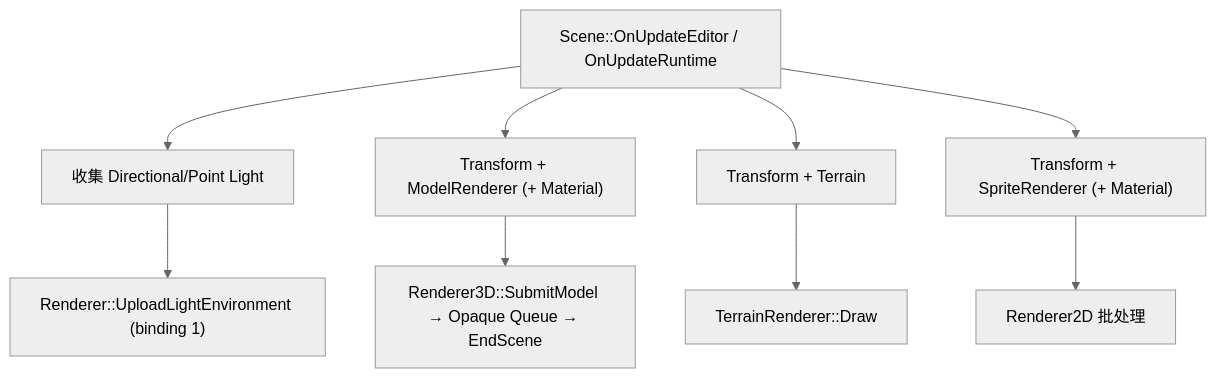
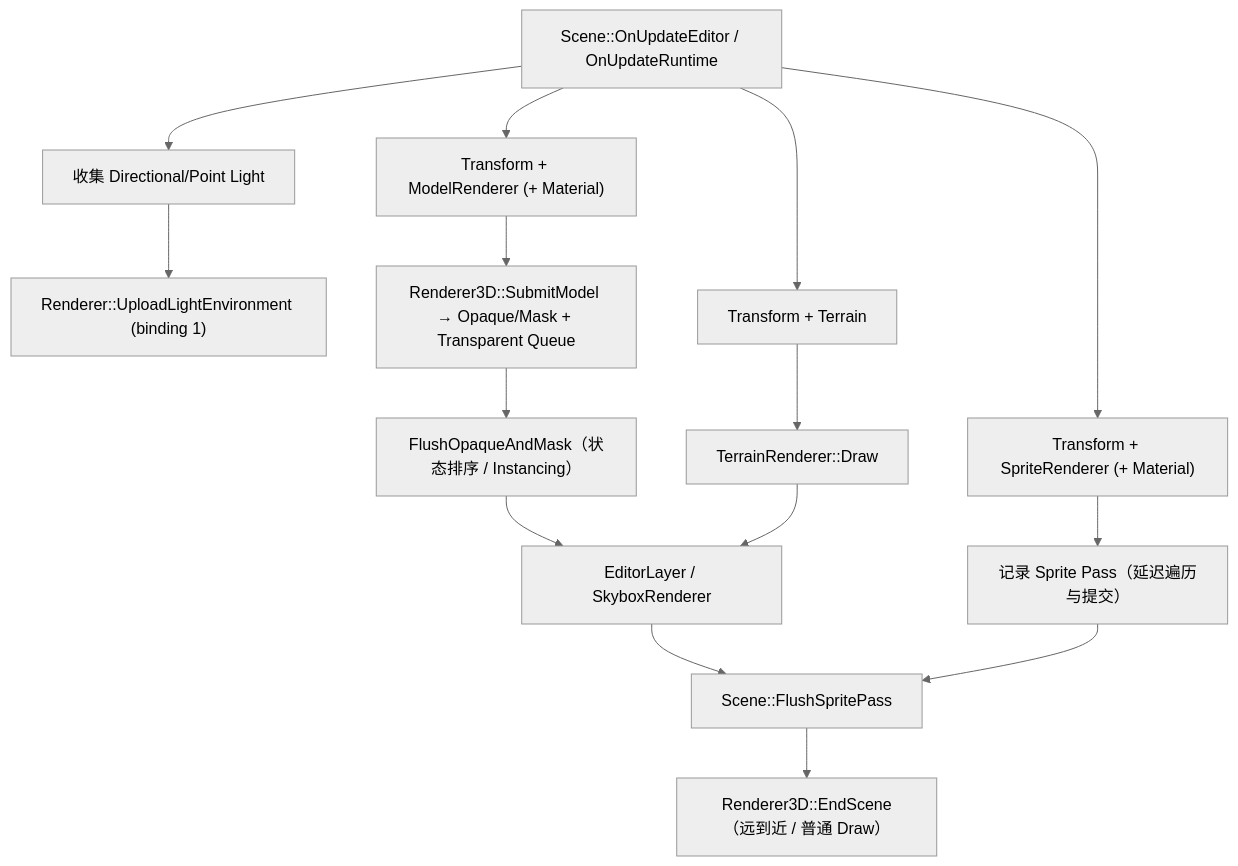
One commit to Ch1aki7/Glimmer changed the third of 7 diagrams in ARCHITECTURE.md. Above: the diagram before and after it, drawn with Mermaid (neutral theme). The commit also changed other lines of this file and 23 other files, not shown here.

````diff
--- a/ARCHITECTURE.md
+++ b/ARCHITECTURE.md
@@ -137,11 +137,17 @@
 ```mermaid
 flowchart TD
     Scene["Scene::OnUpdateEditor / OnUpdateRuntime"] --> Lights["收集 Directional/Point Light"]
     Lights --> UBO["Renderer::UploadLightEnvironment (binding 1)"]
     Scene --> Models["Transform + ModelRenderer (+ Material)"]
     Scene --> Terrain["Transform + Terrain"]
     Scene --> Sprites["Transform + SpriteRenderer (+ Material)"]
-    Models --> R3D["Renderer3D::SubmitModel → Opaque Queue → EndScene"]
+    Models --> R3D["Renderer3D::SubmitModel → Opaque/Mask + Transparent Queue"]
+    R3D --> Opaque["FlushOpaqueAndMask（状态排序 / Instancing）"]
+    Opaque --> Skybox["EditorLayer / SkyboxRenderer"]
     Terrain --> TR["TerrainRenderer::Draw"]
-    Sprites --> R2D["Renderer2D 批处理"]
+    TR --> Skybox
+    Sprites --> R2DSubmit["记录 Sprite Pass（延迟遍历与提交）"]
+    Skybox --> R2DFlush["Scene::FlushSpritePass"]
+    R2DSubmit --> R2DFlush
+    R2DFlush --> Transparent["Renderer3D::EndScene（远到近 / 普通 Draw）"]
 ```
````
